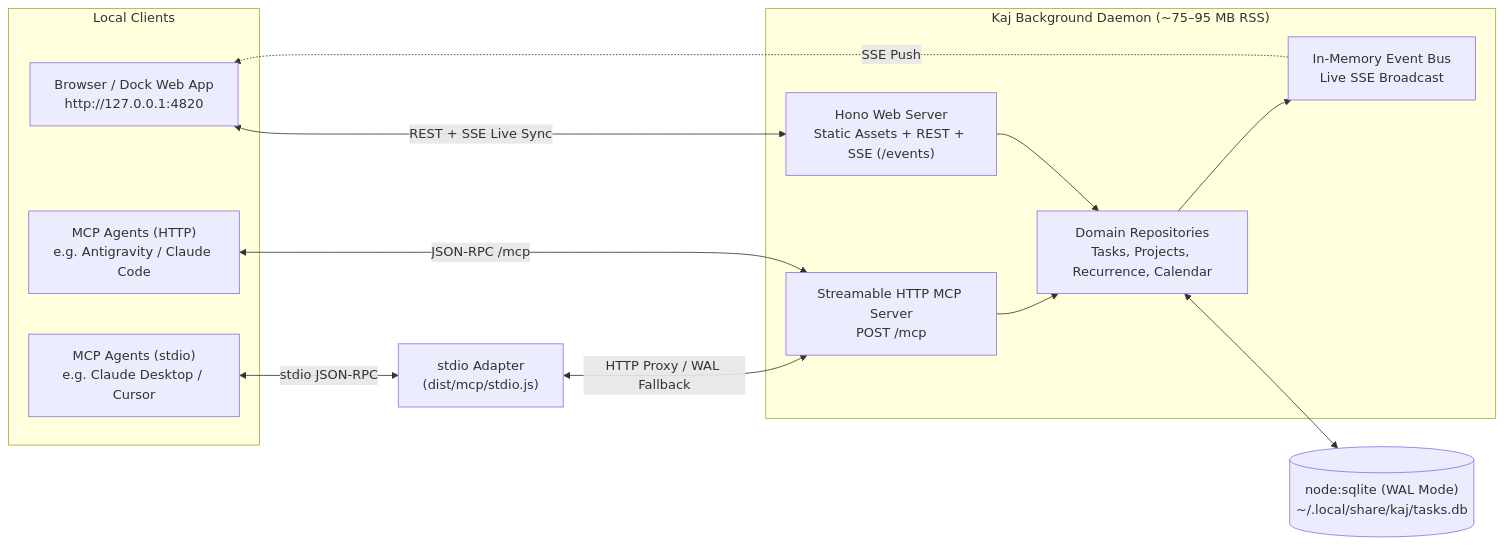
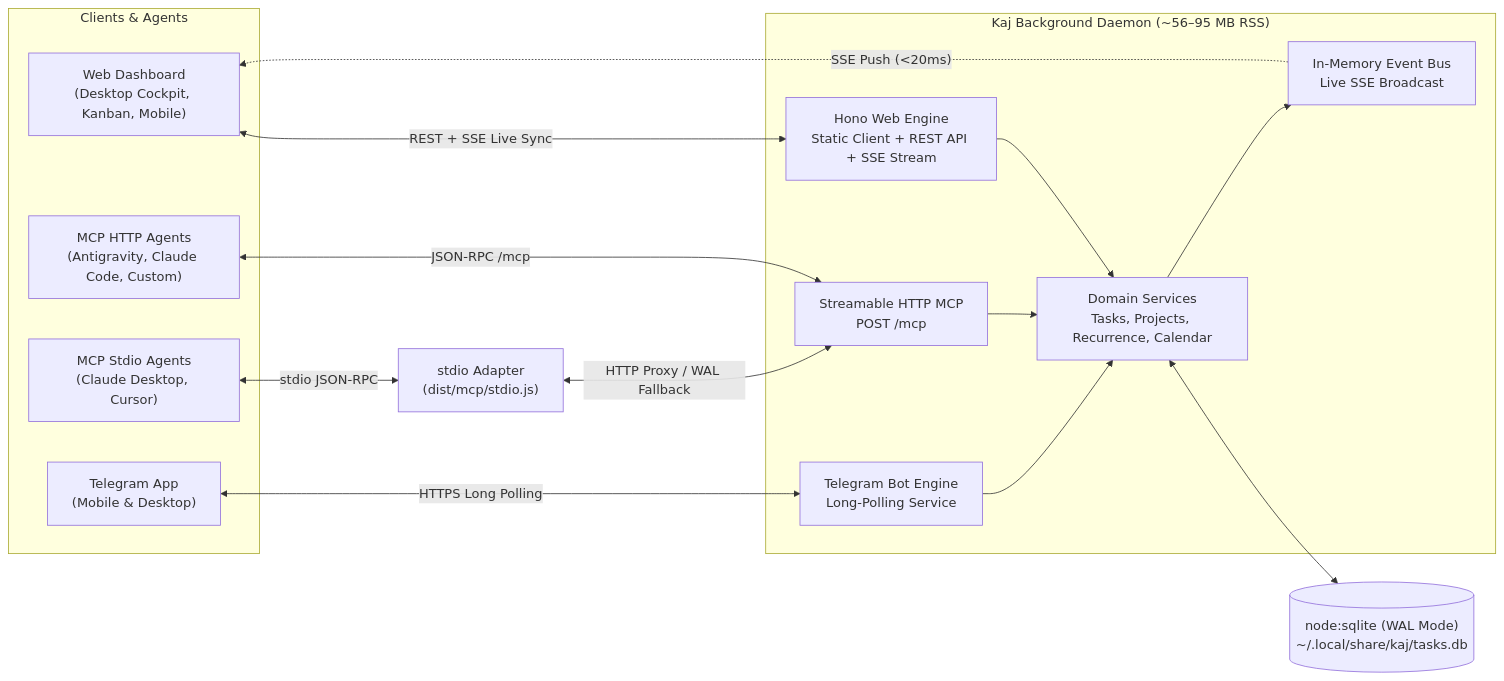
The diagram in README.md (questworld26-prog/Kaj), drawn with Mermaid before and after one commit. The commit also changed other lines of this file and 8 other files, not shown here.

````diff
--- a/README.md
+++ b/README.md
@@ -55,29 +86,33 @@
 ```mermaid
 flowchart LR
-  subgraph Clients["Local Clients"]
-    Browser["Browser / Dock Web App\nhttp://127.0.0.1:4820"]
-    AgentHTTP["MCP Agents (HTTP)\ne.g. Antigravity / Claude Code"]
-    AgentStdio["MCP Agents (stdio)\ne.g. Claude Desktop / Cursor"]
+  subgraph Clients["Clients & Agents"]
+    Browser["Web Dashboard\n(Desktop Cockpit, Kanban, Mobile)"]
+    AgentHTTP["MCP HTTP Agents\n(Antigravity, Claude Code, Custom)"]
+    AgentStdio["MCP Stdio Agents\n(Claude Desktop, Cursor)"]
+    Telegram["Telegram App\n(Mobile & Desktop)"]
   end
 
-  subgraph Daemon["Kaj Background Daemon (~75–95 MB RSS)"]
-    Hono["Hono Web Server\nStatic Assets + REST + SSE (/events)"]
-    MCPHttp["Streamable HTTP MCP Server\nPOST /mcp"]
-    Domain["Domain Repositories\nTasks, Projects, Recurrence, Calendar"]
+  subgraph Daemon["Kaj Background Daemon (~56–95 MB RSS)"]
+    Hono["Hono Web Engine\nStatic Client + REST API + SSE Stream"]
+    MCPHttp["Streamable HTTP MCP\nPOST /mcp"]
+    TGBot["Telegram Bot Engine\nLong-Polling Service"]
+    Domain["Domain Services\nTasks, Projects, Recurrence, Calendar"]
     Bus["In-Memory Event Bus\nLive SSE Broadcast"]
   end
 
   StdioCLI["stdio Adapter\n(dist/mcp/stdio.js)"]
   SQLite[("node:sqlite (WAL Mode)\n~/.local/share/kaj/tasks.db")]
 
   Browser <-->|"REST + SSE Live Sync"| Hono
   AgentHTTP <-->|"JSON-RPC /mcp"| MCPHttp
   AgentStdio <-->|"stdio JSON-RPC"| StdioCLI
   StdioCLI <-->|"HTTP Proxy / WAL Fallback"| MCPHttp
+  Telegram <-->|"HTTPS Long Polling"| TGBot
 
   Hono --> Domain
   MCPHttp --> Domain
+  TGBot --> Domain
   Domain <--> SQLite
   Domain --> Bus
-  Bus -.->|"SSE Push"| Browser
+  Bus -.->|"SSE Push (<20ms)"| Browser
 ```
````
